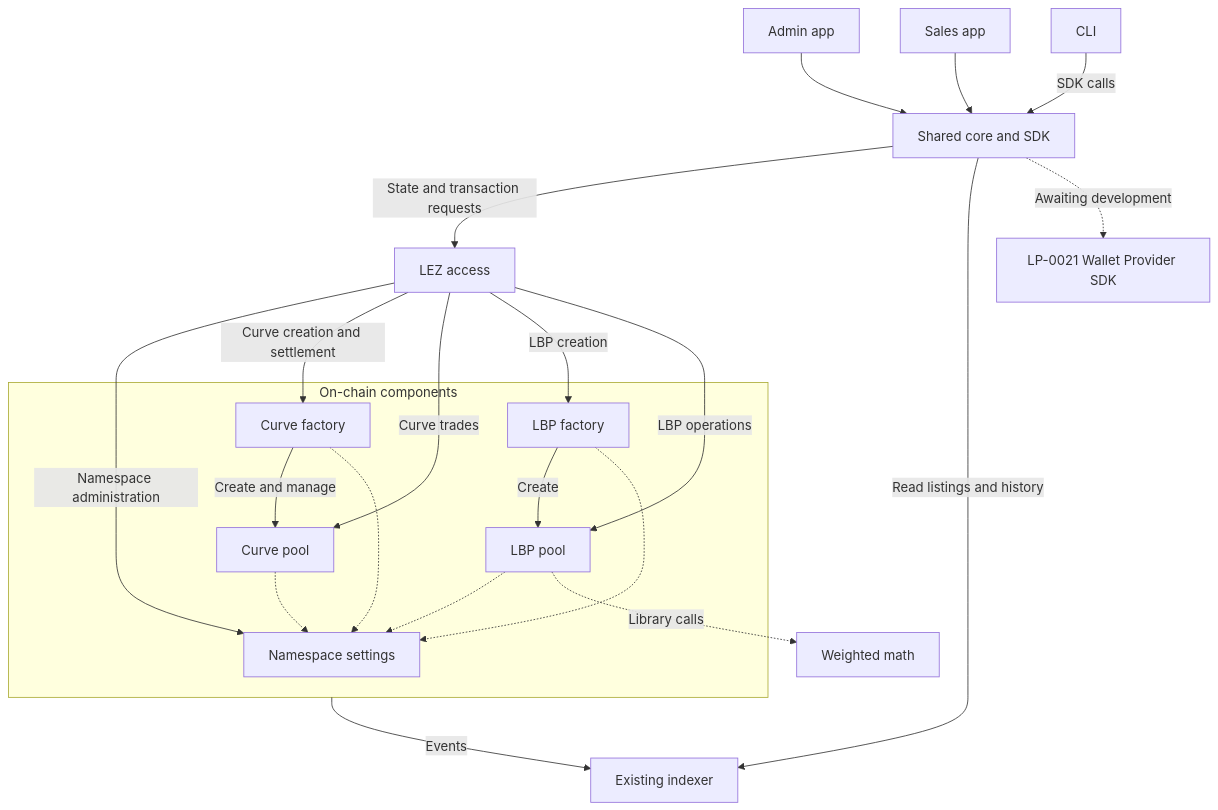
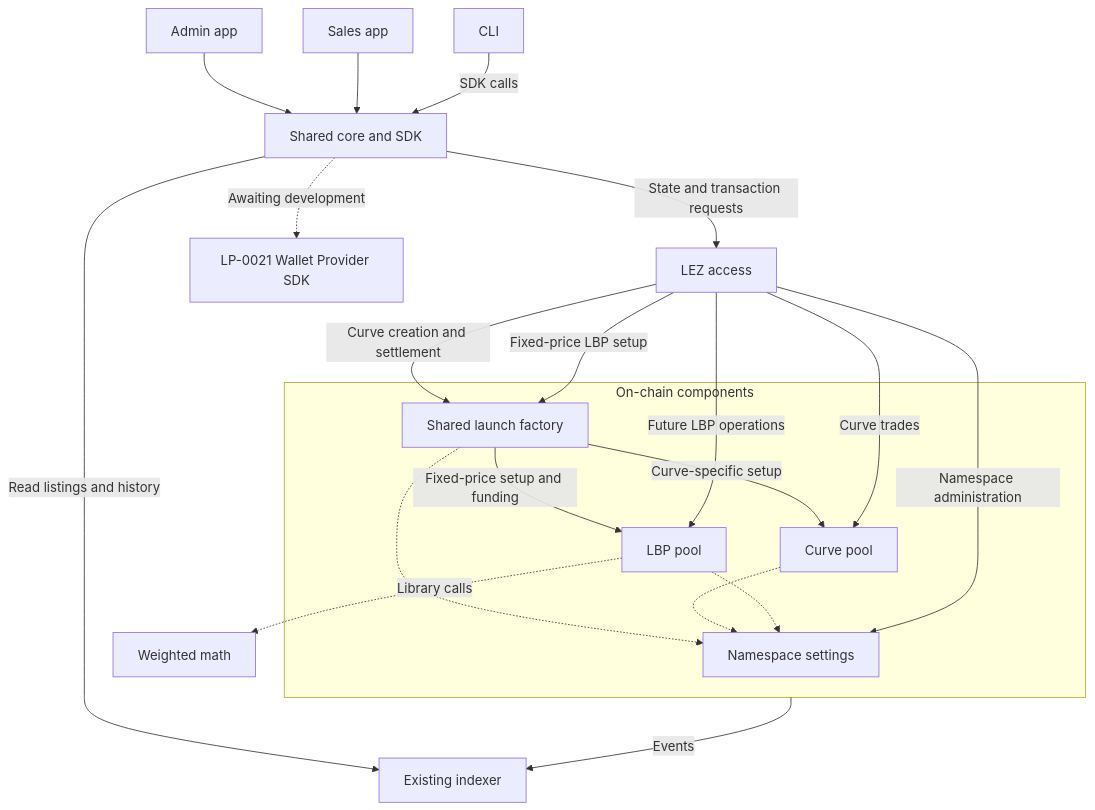
The diagram in docs/architecture/system.md (bleu/logos-launchpad), drawn with Mermaid before and after one commit. The commit also changed other lines of this file and 39 other files, not shown here.

Commit message:
feat(lbp): add staged fixed-price launch setup

````diff
--- a/docs/architecture/system.md
+++ b/docs/architecture/system.md
@@ -7,27 +7,26 @@
 ```mermaid
 flowchart TB
     Admin[Admin app] --> Core[Shared core and SDK]
     Sales[Sales app] --> Core
     CLI[CLI] -->|SDK calls| Core
     Core -->|State and transaction requests| LEZ[LEZ access]
     Core -->|Read listings and history| Indexer[Existing indexer]
     Core -.->|Awaiting development| Wallet[LP-0021 Wallet Provider SDK]
 
     subgraph Programs[On-chain components]
         Namespace[Namespace settings]
-        CurveFactory[Curve factory] -->|Create and manage| CurvePool[Curve pool]
-        LBPFactory[LBP factory] -->|Create| LBPPool[LBP pool]
-        CurveFactory -.-> Namespace
-        LBPFactory -.-> Namespace
+        LaunchFactory[Shared launch factory] -->|Curve-specific setup| CurvePool[Curve pool]
+        LaunchFactory -->|Fixed-price setup and funding| LBPPool[LBP pool]
+        LaunchFactory -.-> Namespace
         CurvePool -.-> Namespace
         LBPPool -.-> Namespace
     end
 
     LEZ -->|Namespace administration| Namespace
-    LEZ -->|Curve creation and settlement| CurveFactory
+    LEZ -->|Curve creation and settlement| LaunchFactory
+    LEZ -->|Fixed-price LBP setup| LaunchFactory
     LEZ -->|Curve trades| CurvePool
-    LEZ -->|LBP creation| LBPFactory
-    LEZ -->|LBP operations| LBPPool
+    LEZ -->|Future LBP operations| LBPPool
     Programs -->|Events| Indexer
     LBPPool -.->|Library calls| Math[Weighted math]
 ```
````
